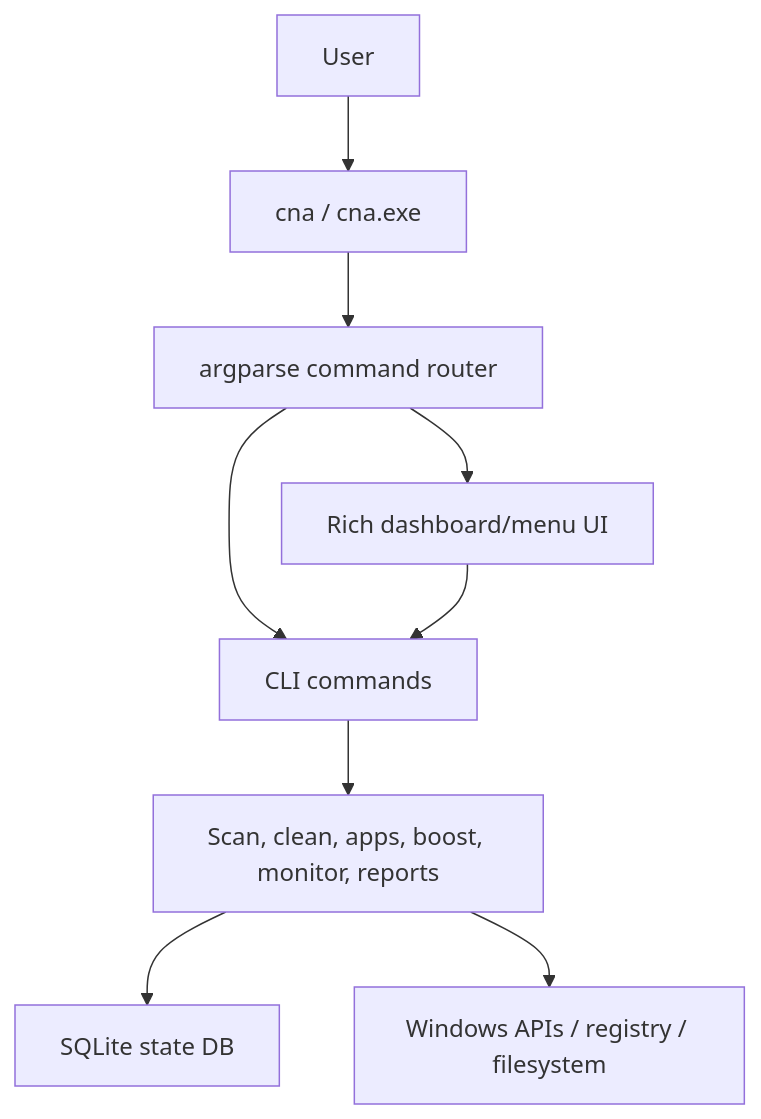
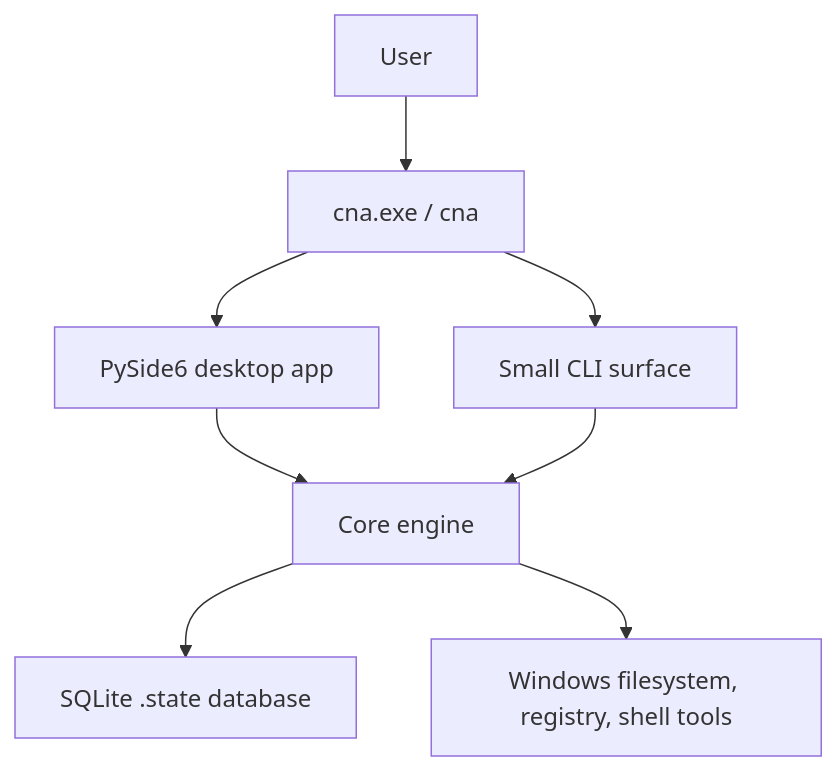
One commit to snehil-pandey/clean-n-adapt changed the first of 10 diagrams in ARCHITECTURE.md. Above: the diagram before and after it, drawn with Mermaid. The commit also changed other lines of this file and 10 other files, not shown here.

Commit message:
Pivot to Qt desktop app

````diff
--- a/ARCHITECTURE.md
+++ b/ARCHITECTURE.md
@@ -16,11 +17,10 @@
 ```mermaid
 flowchart TD
-    User["User"] --> Entry["cna / cna.exe"]
-    Entry --> Parser["argparse command router"]
-    Parser --> CLI["CLI commands"]
-    Parser --> TUI["Rich dashboard/menu UI"]
-    TUI --> CLI
-    CLI --> Services["Scan, clean, apps, boost, monitor, reports"]
-    Services --> DB["SQLite state DB"]
-    Services --> Windows["Windows APIs / registry / filesystem"]
+    User["User"] --> Launch["cna.exe / cna"]
+    Launch --> Desktop["PySide6 desktop app"]
+    Launch --> CLI["Small CLI surface"]
+    Desktop --> Core["Core engine"]
+    CLI --> Core
+    Core --> DB["SQLite .state database"]
+    Core --> Windows["Windows filesystem, registry, shell tools"]
 ```
````
